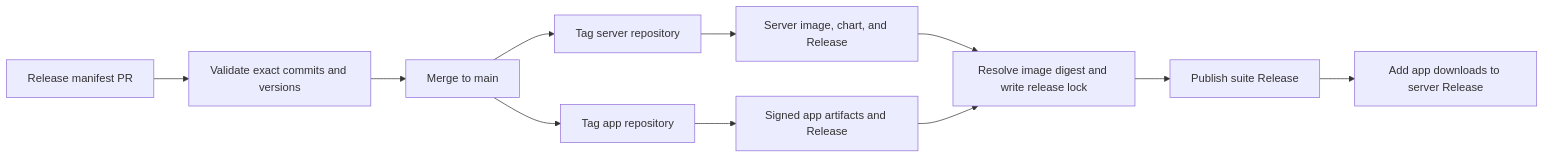
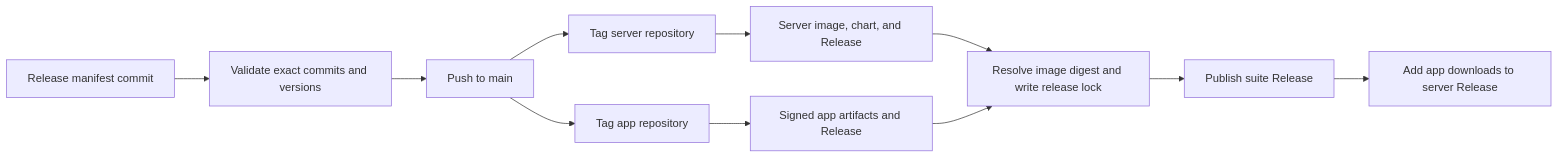
Before and after one commit to zijiren233/synctv-release: the diagram in README.md, drawn with Mermaid. The commit also changed other lines of this file and 1 other file, not shown here.

Commit message:
docs: document direct release promotion

````diff
--- a/README.md
+++ b/README.md
@@ -13,13 +13,13 @@
 ```mermaid
 flowchart LR
-  P["Release manifest PR"] --> V["Validate exact commits and versions"]
-  V --> M["Merge to main"]
+  P["Release manifest commit"] --> V["Validate exact commits and versions"]
+  V --> M["Push to main"]
   M --> B["Tag server repository"]
   M --> A["Tag app repository"]
   B --> BA["Server image, chart, and Release"]
   A --> AA["Signed app artifacts and Release"]
   BA --> L["Resolve image digest and write release lock"]
   AA --> L
   L --> R["Publish suite Release"]
   R --> N["Add app downloads to server Release"]
 ```
````
